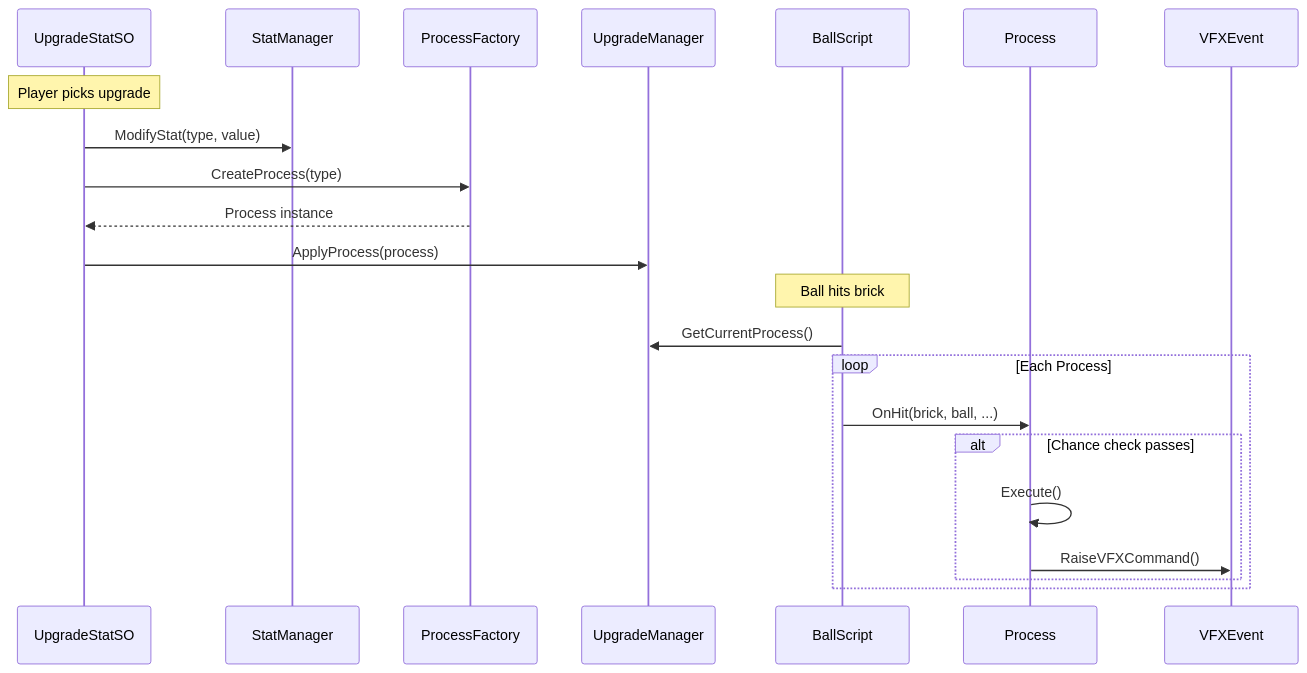
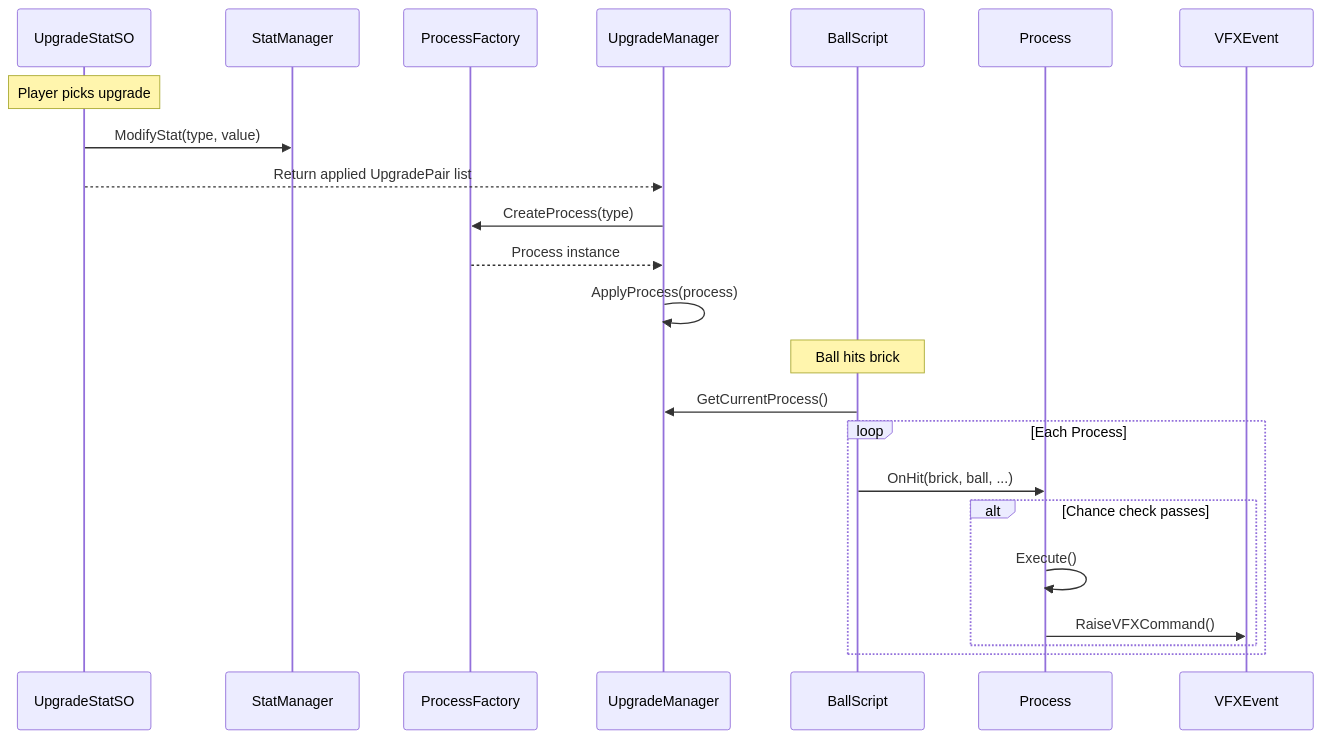
The diagram in Assets/Scripts/SOScripts/PowerUp/README.md (SevenDOnWay/Break-Brick), drawn with Mermaid before and after one commit. The commit also changed other lines of this file and 71 other files, not shown here.

````diff
--- a/Assets/Scripts/SOScripts/PowerUp/README.md
+++ b/Assets/Scripts/SOScripts/PowerUp/README.md
@@ -50,24 +50,25 @@
 ```mermaid
 sequenceDiagram
     participant USO as UpgradeStatSO
     participant SM as StatManager
     participant PF as ProcessFactory
     participant UM as UpgradeManager
     participant BS as BallScript
 
     Note over USO: Player picks upgrade
     USO->>SM: ModifyStat(type, value)
-    USO->>PF: CreateProcess(type)
-    PF-->>USO: Process instance
-    USO->>UM: ApplyProcess(process)
+    USO-->>UM: Return applied UpgradePair list
+    UM->>PF: CreateProcess(type)
+    PF-->>UM: Process instance
+    UM->>UM: ApplyProcess(process)
 
     Note over BS: Ball hits brick
     BS->>UM: GetCurrentProcess()
     loop Each Process
         BS->>Process: OnHit(brick, ball, ...)
         alt Chance check passes
             Process->>Process: Execute()
             Process->>VFXEvent: RaiseVFXCommand()
         end
     end
 ```
````
